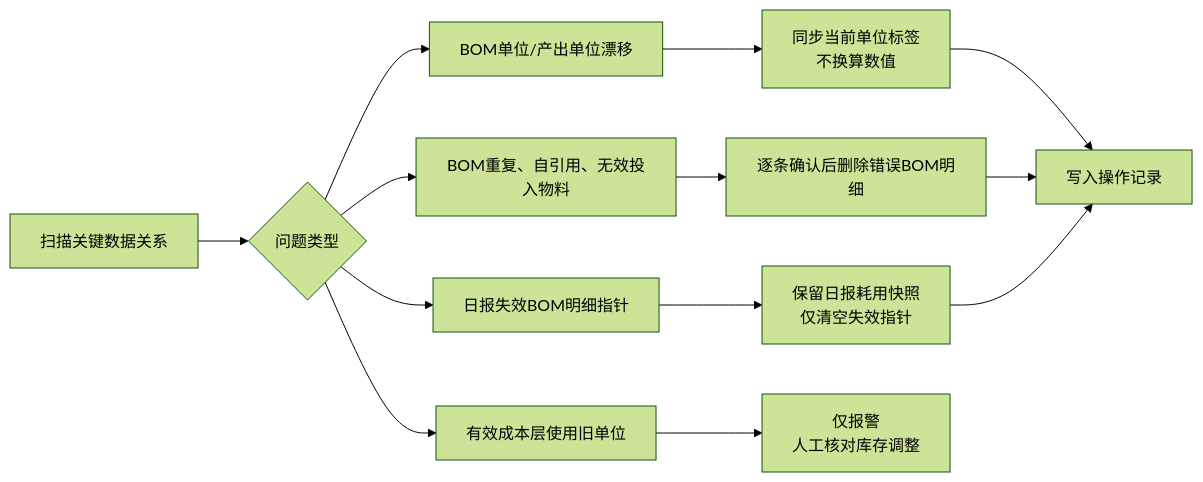
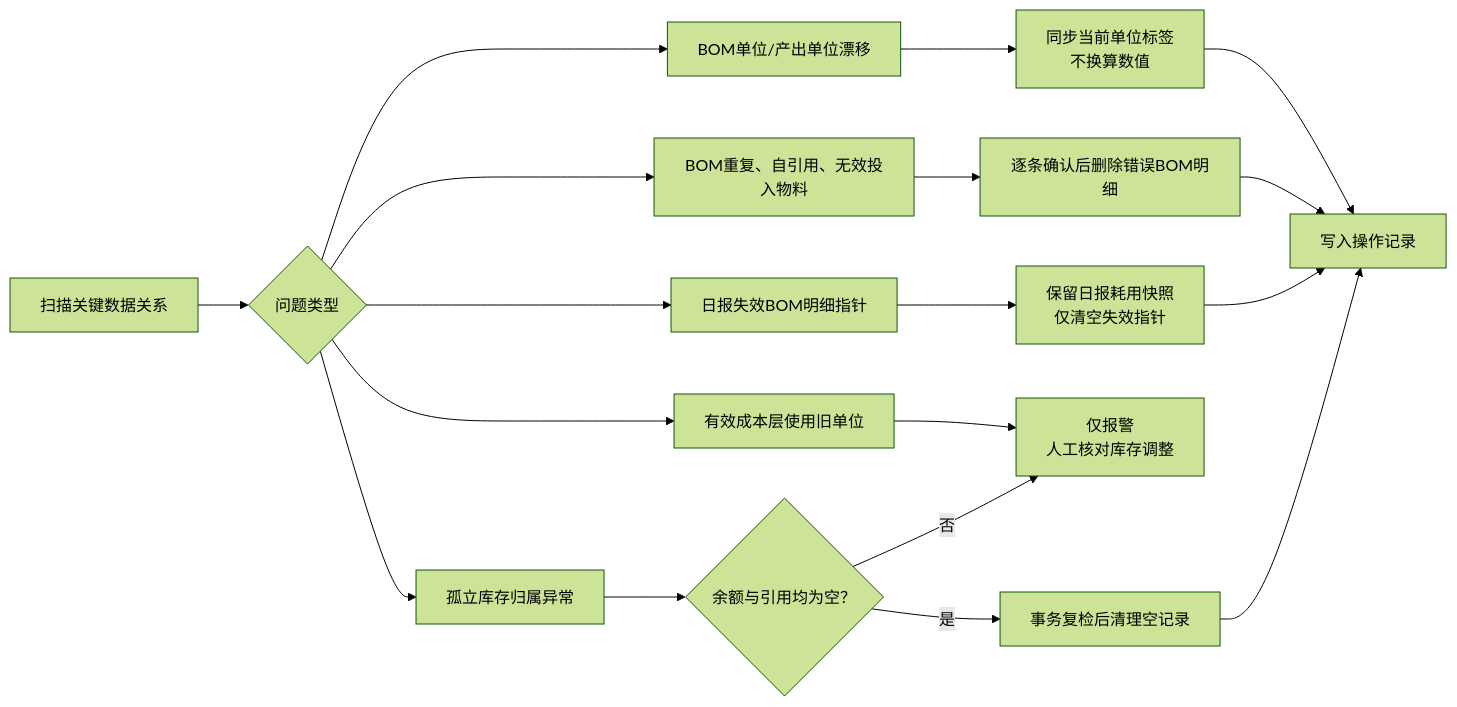
One commit to goldf2/mes-lite changed the sixth of 18 diagrams in docs/minierp/system-function-flow.md. Above: the diagram before and after it, drawn with Mermaid (forest theme). The commit also changed other lines of this file and 13 other files, not shown here.

````diff
--- a/docs/minierp/system-function-flow.md
+++ b/docs/minierp/system-function-flow.md
@@ -239,15 +239,20 @@
 ```mermaid
 flowchart LR
   A["扫描关键数据关系"] --> B{"问题类型"}
   B --> C["BOM单位/产出单位漂移"]
   B --> D["BOM重复、自引用、无效投入物料"]
   B --> E["日报失效BOM明细指针"]
   B --> F["有效成本层使用旧单位"]
+  B --> L["孤立库存归属异常"]
   C --> G["同步当前单位标签<br/>不换算数值"]
   D --> H["逐条确认后删除错误BOM明细"]
   E --> I["保留日报耗用快照<br/>仅清空失效指针"]
   F --> J["仅报警<br/>人工核对库存调整"]
+  L --> M{"余额与引用均为空？"}
+  M -->|是| N["事务复检后清理空记录"]
+  M -->|否| J
   G --> K["写入操作记录"]
   H --> K
   I --> K
+  N --> K
 ```
````
